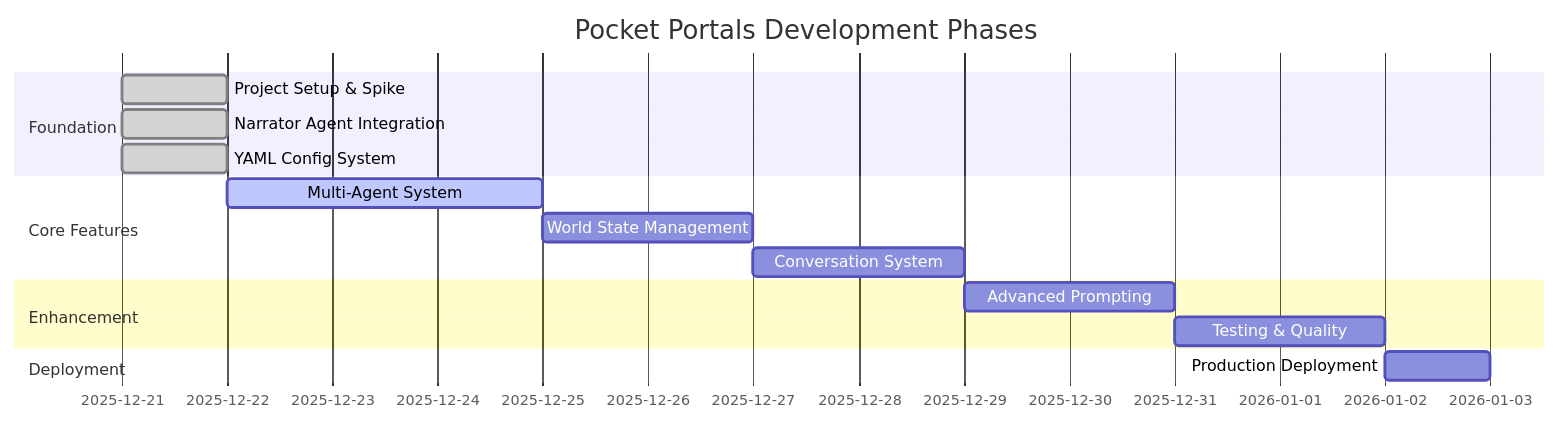
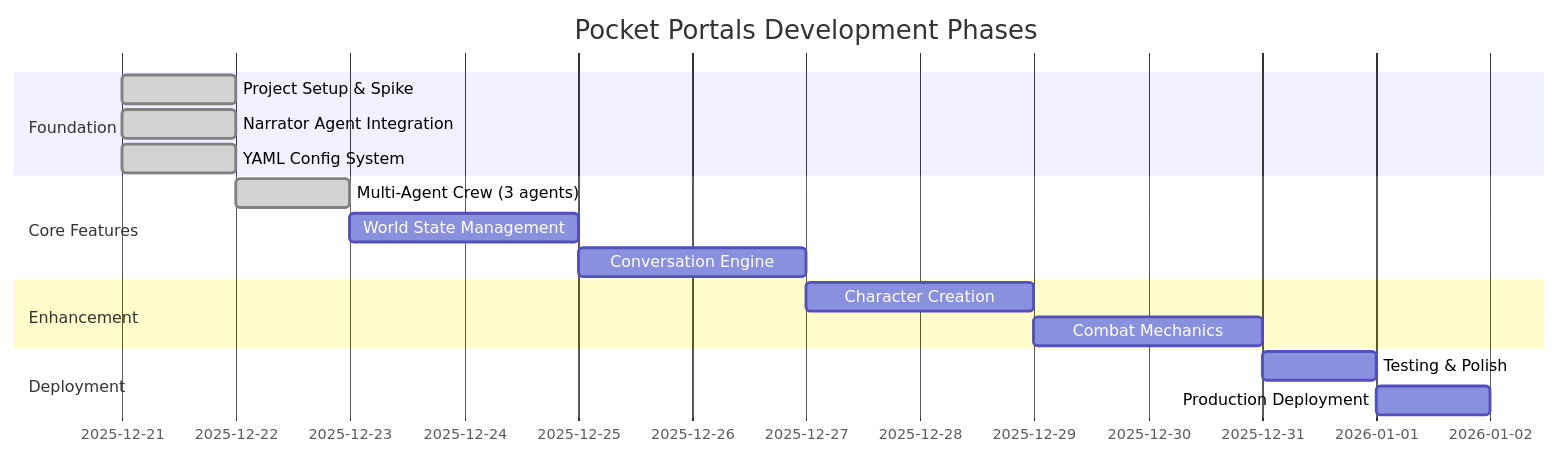
One commit to darth-dodo/pocket-portals changed the diagram in tasks.md. Above: the diagram before and after it, drawn with Mermaid. The commit also changed other lines of this file and 17 other files, not shown here.

First line of the commit message:
feat: add multi-agent crew (Innkeeper, Keeper, Jester)

````diff
--- a/tasks.md
+++ b/tasks.md
@@ -137,18 +137,19 @@
 ```mermaid
 gantt
     title Pocket Portals Development Phases
     dateFormat YYYY-MM-DD
     section Foundation
     Project Setup & Spike           :done, setup, 2025-12-21, 1d
     Narrator Agent Integration      :done, narrator, 2025-12-21, 1d
     YAML Config System             :done, yaml, 2025-12-21, 1d
     section Core Features
-    Multi-Agent System             :active, agents, 2025-12-22, 3d
-    World State Management         :world, after agents, 2d
-    Conversation System            :conv, after world, 2d
+    Multi-Agent Crew (3 agents)    :done, agents, 2025-12-22, 1d
+    World State Management         :world, 2025-12-23, 2d
+    Conversation Engine            :conv, after world, 2d
     section Enhancement
-    Advanced Prompting             :prompt, after conv, 2d
-    Testing & Quality              :test, after prompt, 2d
+    Character Creation             :char, after conv, 2d
+    Combat Mechanics               :combat, after char, 2d
     section Deployment
+    Testing & Polish               :test, after combat, 1d
     Production Deployment          :deploy, after test, 1d
 ```
````
